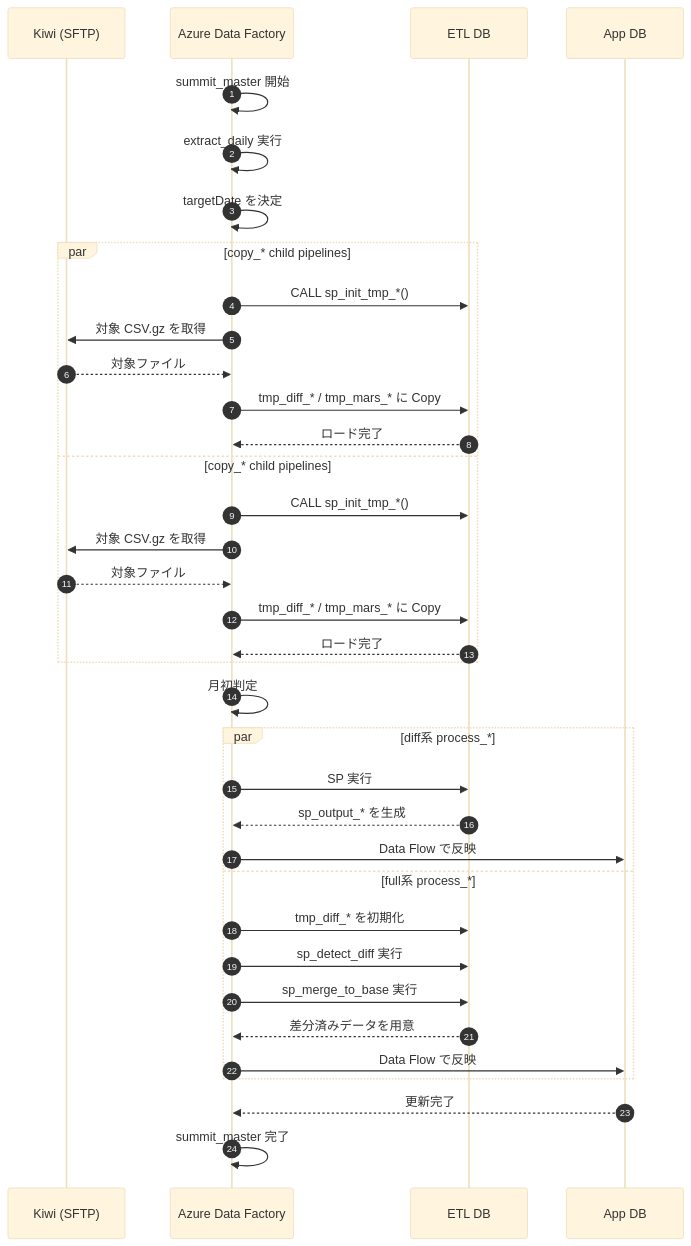
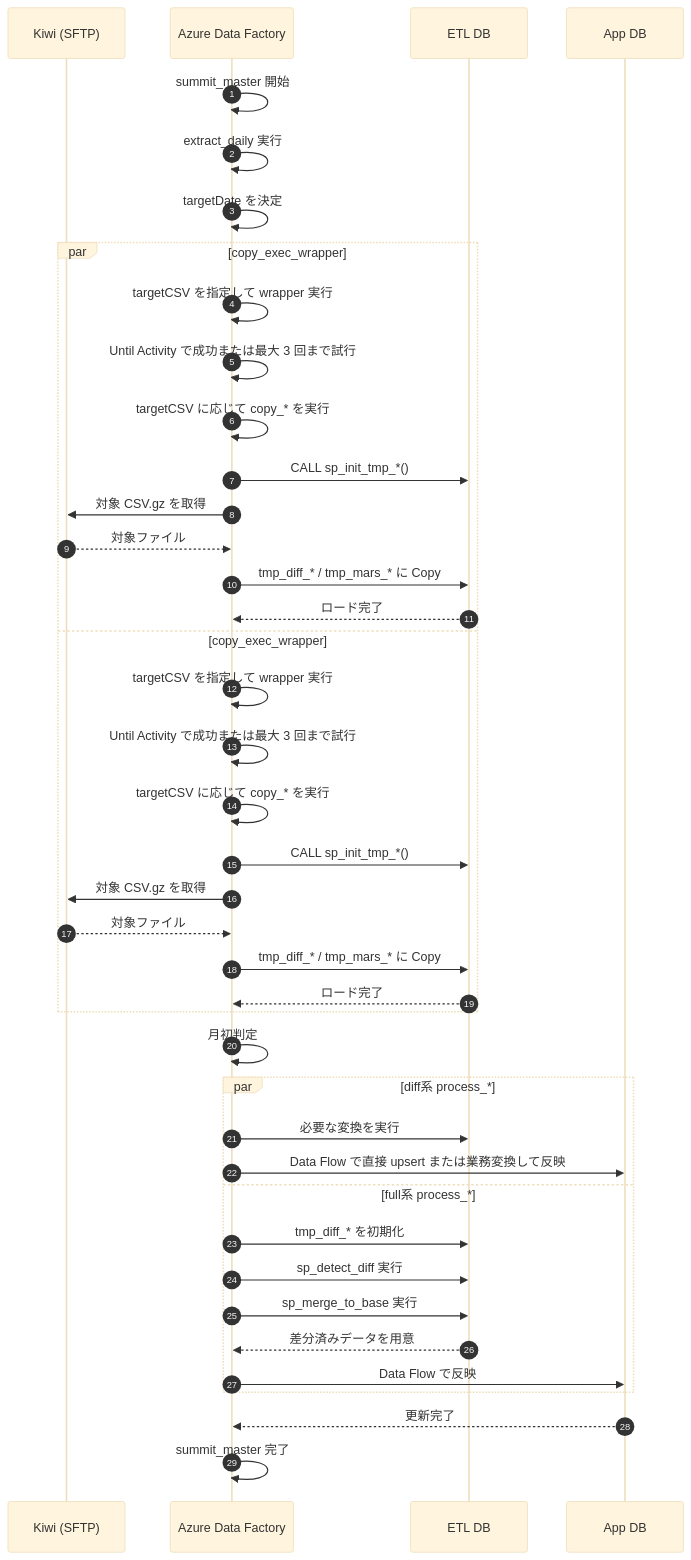
The first of 4 diagrams in etl/docs/sequence.md (yukato-jdsc/generate_dummy_data), drawn with Mermaid (base theme) before and after one commit. The commit also changed other lines of this file and 60 other files, not shown here.

````diff
--- a/etl/docs/sequence.md
+++ b/etl/docs/sequence.md
@@ -11,43 +11,48 @@
 ```mermaid
 sequenceDiagram
     autonumber
     participant SRC as Kiwi (SFTP)
     participant ADF as Azure Data Factory
     participant ETL as ETL DB
     participant APP as App DB
 
     ADF->>ADF: summit_master 開始
     ADF->>ADF: extract_daily 実行
     ADF->>ADF: targetDate を決定
 
-    par copy_* child pipelines
+    par copy_exec_wrapper
+        ADF->>ADF: targetCSV を指定して wrapper 実行
+        ADF->>ADF: Until Activity で成功または最大 3 回まで試行
+        ADF->>ADF: targetCSV に応じて copy_* を実行
         ADF->>ETL: CALL sp_init_tmp_*()
         ADF->>SRC: 対象 CSV.gz を取得
         SRC-->>ADF: 対象ファイル
         ADF->>ETL: tmp_diff_* / tmp_mars_* に Copy
         ETL-->>ADF: ロード完了
-    and copy_* child pipelines
+    and copy_exec_wrapper
+        ADF->>ADF: targetCSV を指定して wrapper 実行
+        ADF->>ADF: Until Activity で成功または最大 3 回まで試行
+        ADF->>ADF: targetCSV に応じて copy_* を実行
         ADF->>ETL: CALL sp_init_tmp_*()
         ADF->>SRC: 対象 CSV.gz を取得
         SRC-->>ADF: 対象ファイル
         ADF->>ETL: tmp_diff_* / tmp_mars_* に Copy
         ETL-->>ADF: ロード完了
     end
 
     ADF->>ADF: 月初判定
 
     par diff系 process_*
-        ADF->>ETL: SP 実行
-        ETL-->>ADF: sp_output_* を生成
-        ADF->>APP: Data Flow で反映
+        ADF->>ETL: 必要な変換を実行
+        ADF->>APP: Data Flow で直接 upsert または業務変換して反映
     and full系 process_*
         ADF->>ETL: tmp_diff_* を初期化
         ADF->>ETL: sp_detect_diff 実行
         ADF->>ETL: sp_merge_to_base 実行
         ETL-->>ADF: 差分済みデータを用意
         ADF->>APP: Data Flow で反映
     end
 
     APP-->>ADF: 更新完了
     ADF->>ADF: summit_master 完了
 ```
````
